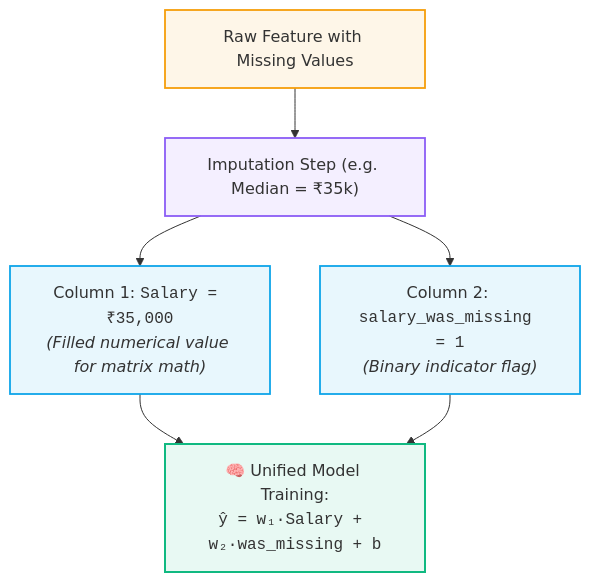
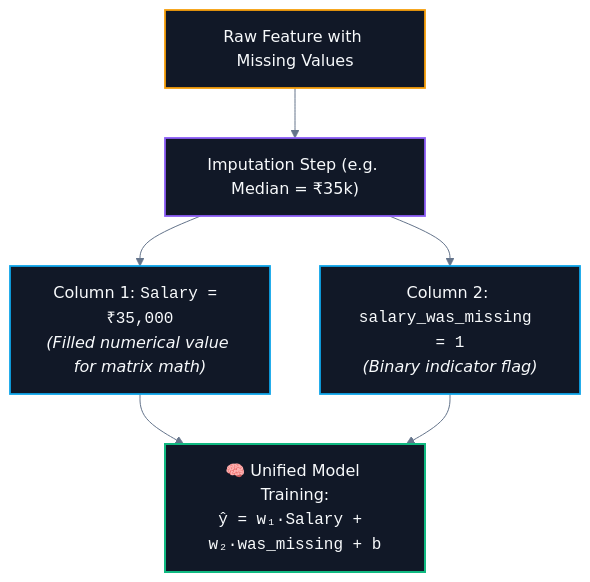
The third of 4 diagrams in CS/AI & ML/02. Data Preprocessing/03. Missing Value Imputation.md (abhinavbharti2345/CS_Notes), drawn with Mermaid before and after one commit. The commit also changed other lines of this file and 195 other files, not shown here.

````diff
--- a/CS/AI & ML/02. Data Preprocessing/03. Missing Value Imputation.md
+++ b/CS/AI & ML/02. Data Preprocessing/03. Missing Value Imputation.md
@@ -172,20 +174,21 @@
 ```mermaid
+%%{init: {'theme': 'base', 'themeVariables': { 'darkMode': true, 'background': '#0B0F14', 'mainBkg': '#111827', 'primaryColor': '#111827', 'primaryTextColor': '#F8FAFC', 'primaryBorderColor': '#38BDF8', 'lineColor': '#64748B', 'secondaryColor': '#0B0F14', 'tertiaryColor': '#0B0F14', 'clusterBkg': '#0B0F14', 'clusterBorder': '#38BDF8' }}}%%
 flowchart TD
     Raw["Raw Feature with Missing Values"] --> Imp["Imputation Step (e.g. Median = ₹35k)"]
     
     Imp --> Col1["Column 1: <code>Salary = ₹35,000</code><br/><i>(Filled numerical value for matrix math)</i>"]
     Imp --> Col2["Column 2: <code>salary_was_missing = 1</code><br/><i>(Binary indicator flag)</i>"]
     
     Col1 --> Model["🧠 Unified Model Training:<br/><code>ŷ = w₁·Salary + w₂·was_missing + b</code>"]
     Col2 --> Model
 
-    classDef raw fill:#f59e0b18,stroke:#f59e0b,stroke-width:1.8px;
-    classDef imp fill:#8b5cf618,stroke:#8b5cf6,stroke-width:1.8px;
-    classDef col fill:#0ea5e918,stroke:#0ea5e9,stroke-width:1.8px;
-    classDef mod fill:#10b98118,stroke:#10b981,stroke-width:2px;
+    classDef raw fill:#111827,stroke:#f59e0b,stroke-width:1.8px,color:#F8FAFC;
+    classDef imp fill:#111827,stroke:#8b5cf6,stroke-width:1.8px,color:#F8FAFC;
+    classDef col fill:#111827,stroke:#0ea5e9,stroke-width:1.8px,color:#F8FAFC;
+    classDef mod fill:#111827,stroke:#10b981,stroke-width:2px,color:#F8FAFC;
 
     class Raw raw;
     class Imp imp;
     class Col1,Col2 col;
     class Model mod;
 ```
````
